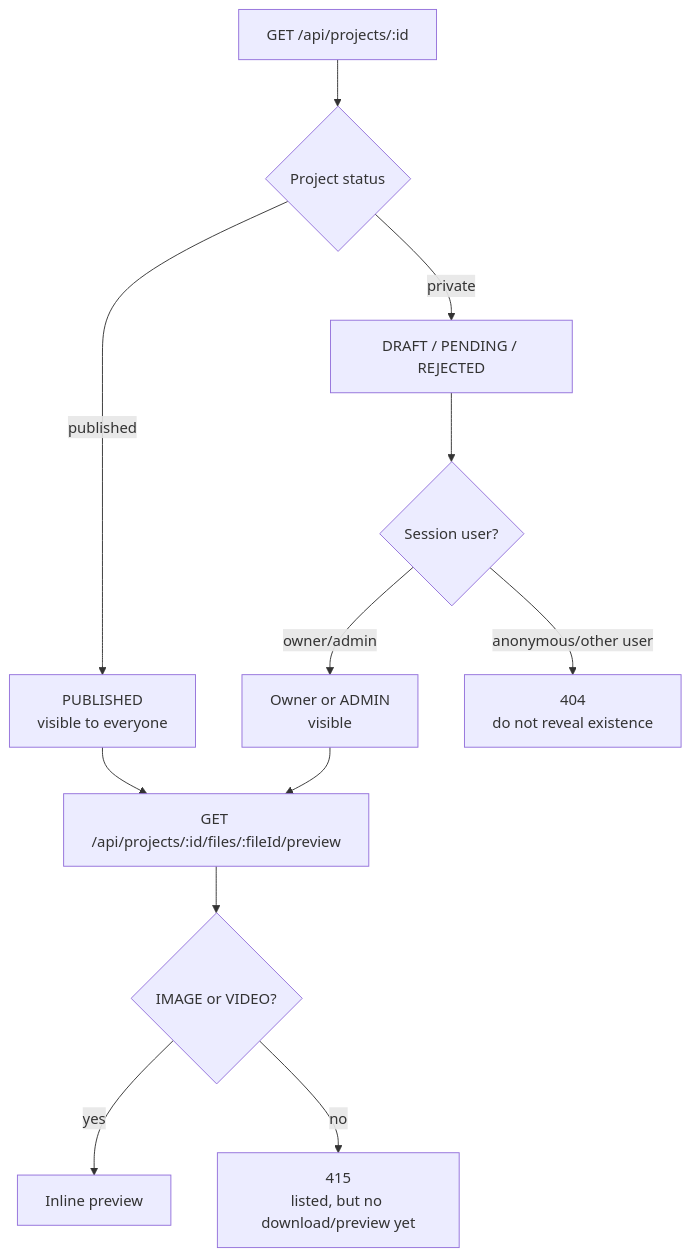
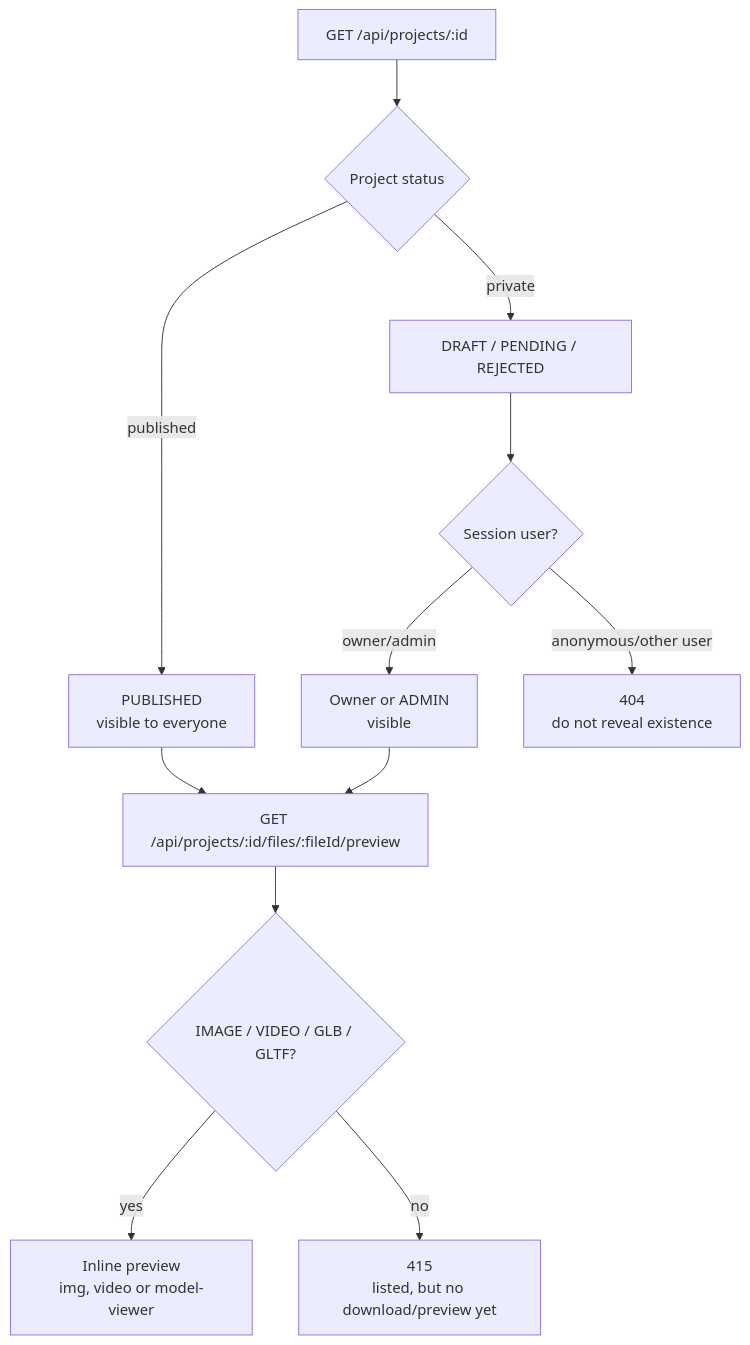
Before and after one commit to bordermull/creator-platform: the fifth of 9 diagrams in README.md, drawn with Mermaid. The commit also changed other lines of this file and 4 other files, not shown here.

Commit message:
Add GLB and GLTF project previews

````diff
--- a/README.md
+++ b/README.md
@@ -565,26 +571,26 @@
 ```mermaid
 flowchart TD
   request["GET /api/projects/:id"]
   project{"Project status"}
   published["PUBLISHED<br/>visible to everyone"]
   private["DRAFT / PENDING / REJECTED"]
   session{"Session user?"}
   owner["Owner or ADMIN<br/>visible"]
   hidden["404<br/>do not reveal existence"]
   preview["GET /api/projects/:id/files/:fileId/preview"]
-  imageVideo{"IMAGE or VIDEO?"}
-  inline["Inline preview"]
+  previewable{"IMAGE / VIDEO / GLB / GLTF?"}
+  inline["Inline preview<br/>img, video or model-viewer"]
   noPreview["415<br/>listed, but no download/preview yet"]
 
   request --> project
   project -->|published| published
   project -->|private| private
   private --> session
   session -->|owner/admin| owner
   session -->|anonymous/other user| hidden
   published --> preview
   owner --> preview
-  preview --> imageVideo
-  imageVideo -->|yes| inline
-  imageVideo -->|no| noPreview
+  preview --> previewable
+  previewable -->|yes| inline
+  previewable -->|no| noPreview
 ```
````
